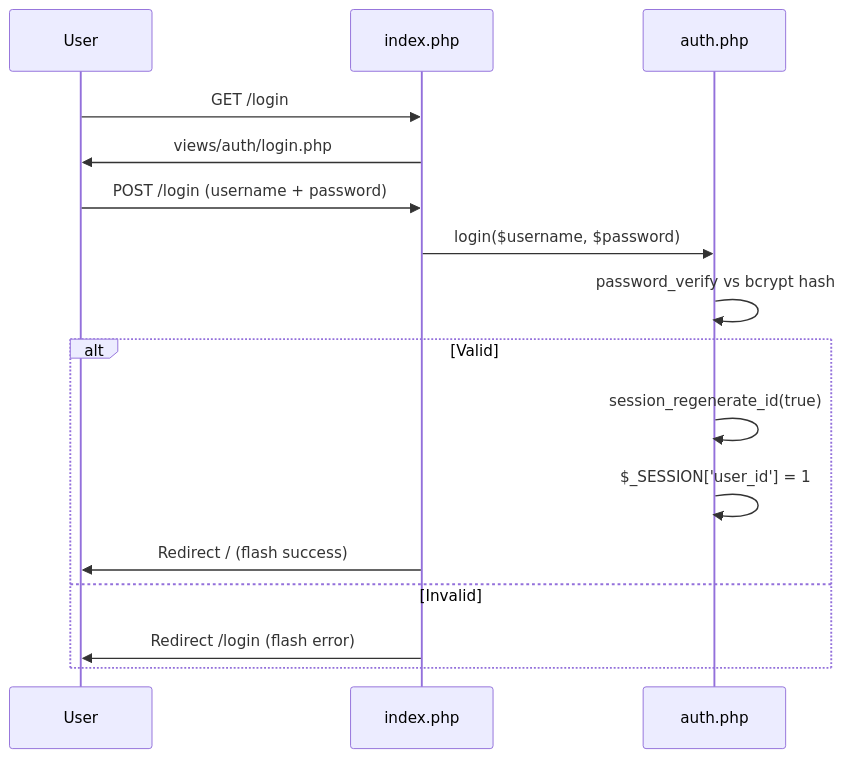
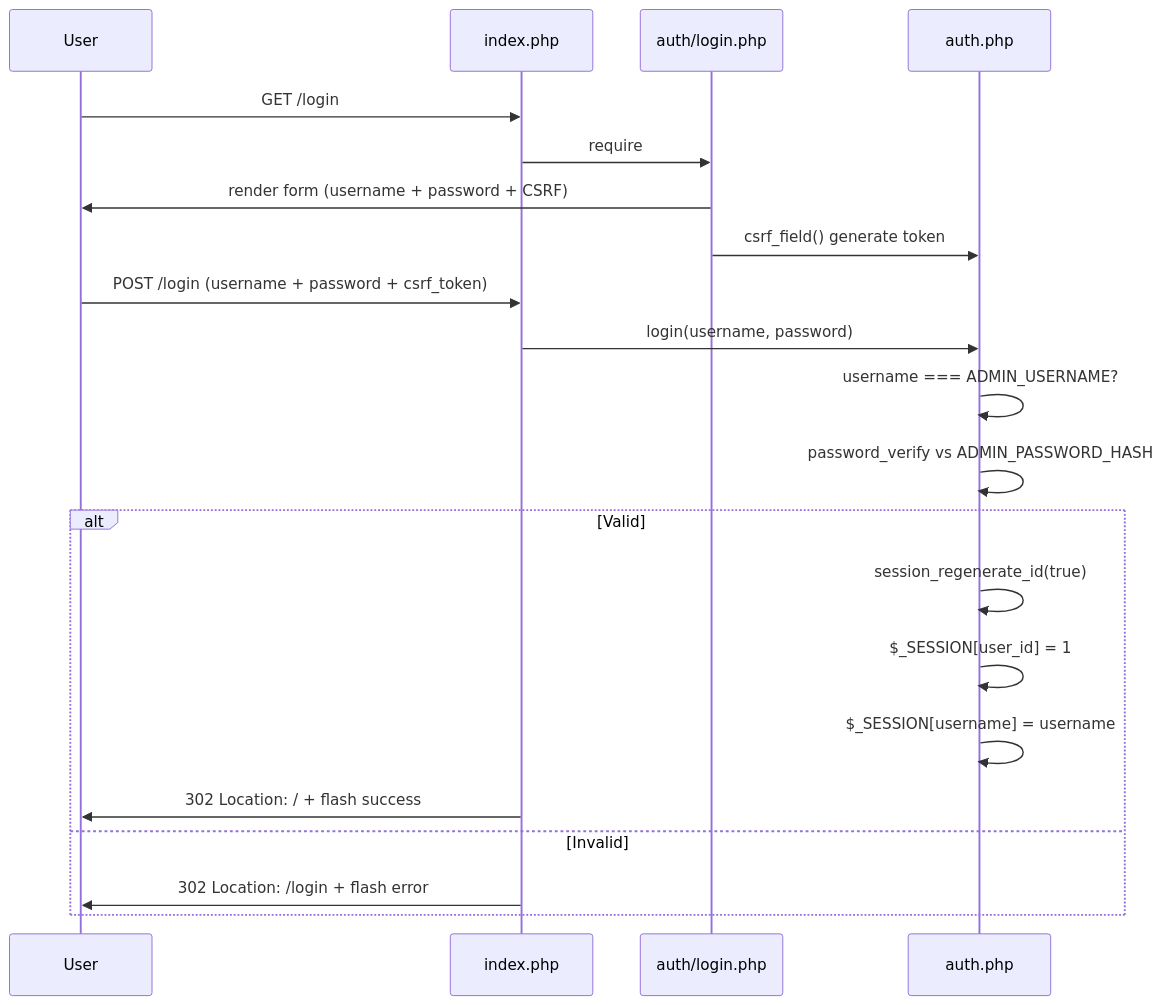
Before and after one commit to TudeOrangBiasa/silk-swarakarna-uas: diagram 11 of 13 in docs/business-logic.md, drawn with Mermaid. The commit also changed other lines of this file and 1 other file, not shown here.

First line of the commit message:
docs: full sync architecture + business-logic with codebase

````diff
--- a/docs/business-logic.md
+++ b/docs/business-logic.md
@@ -309,20 +381,25 @@
 ```mermaid
 sequenceDiagram
     participant U as User
     participant Router as index.php
+    participant View as auth/login.php
     participant Auth as auth.php
-    
+
     U->>Router: GET /login
-    Router->>U: views/auth/login.php
+    Router->>View: require
+    View->>U: render form (username + password + CSRF)
+    View->>Auth: csrf_field() generate token
 
-    U->>Router: POST /login (username + password)
-    Router->>Auth: login($username, $password)
-    Auth->>Auth: password_verify vs bcrypt hash
+    U->>Router: POST /login (username + password + csrf_token)
+    Router->>Auth: login(username, password)
+    Auth->>Auth: username === ADMIN_USERNAME?
+    Auth->>Auth: password_verify vs ADMIN_PASSWORD_HASH
     alt Valid
         Auth->>Auth: session_regenerate_id(true)
-        Auth->>Auth: $_SESSION['user_id'] = 1
-        Router->>U: Redirect / (flash success)
+        Auth->>Auth: $_SESSION[user_id] = 1
+        Auth->>Auth: $_SESSION[username] = username
+        Router->>U: 302 Location: / + flash success
     else Invalid
-        Router->>U: Redirect /login (flash error)
+        Router->>U: 302 Location: /login + flash error
     end
 ```
````
